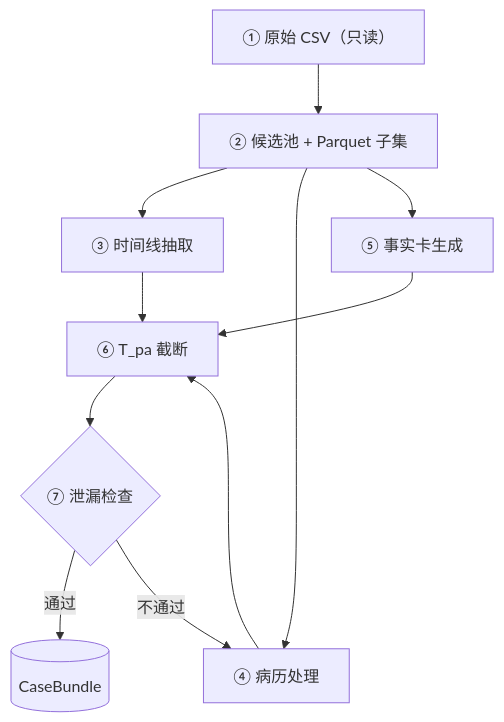
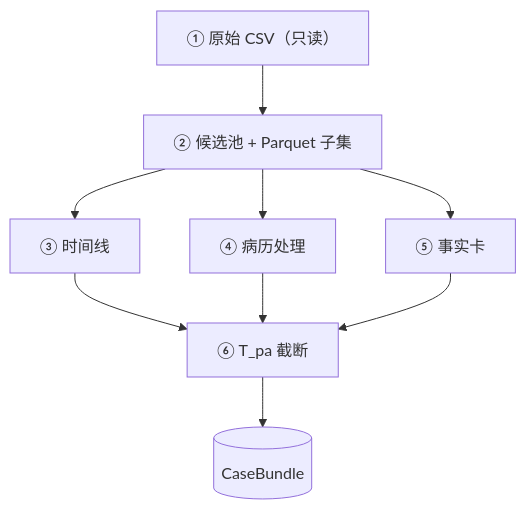
One commit to cherry-nancy/claims_agentic_system changed the second of 9 diagrams in plan/snf_pa_consensus_work_plan_1025.md. Above: the diagram before and after it, drawn with Mermaid. The commit also changed other lines of this file, not shown here.

````diff
--- a/plan/snf_pa_consensus_work_plan_1025.md
+++ b/plan/snf_pa_consensus_work_plan_1025.md
@@ -144,13 +145,11 @@
 ```mermaid
 flowchart TD
   R["① 原始 CSV（只读）"] --> P["② 候选池 + Parquet 子集"]
-  P --> T["③ 时间线抽取"]
+  P --> T["③ 时间线"]
   P --> N["④ 病历处理"]
-  P --> F["⑤ 事实卡生成"]
+  P --> F["⑤ 事实卡"]
   T --> X["⑥ T_pa 截断"]
   N --> X
   F --> X
-  X --> Q{"⑦ 泄漏检查"}
-  Q -- 通过 --> CB[("CaseBundle")]
-  Q -- 不通过 --> N
+  X --> CB[("CaseBundle")]
 ```
````
